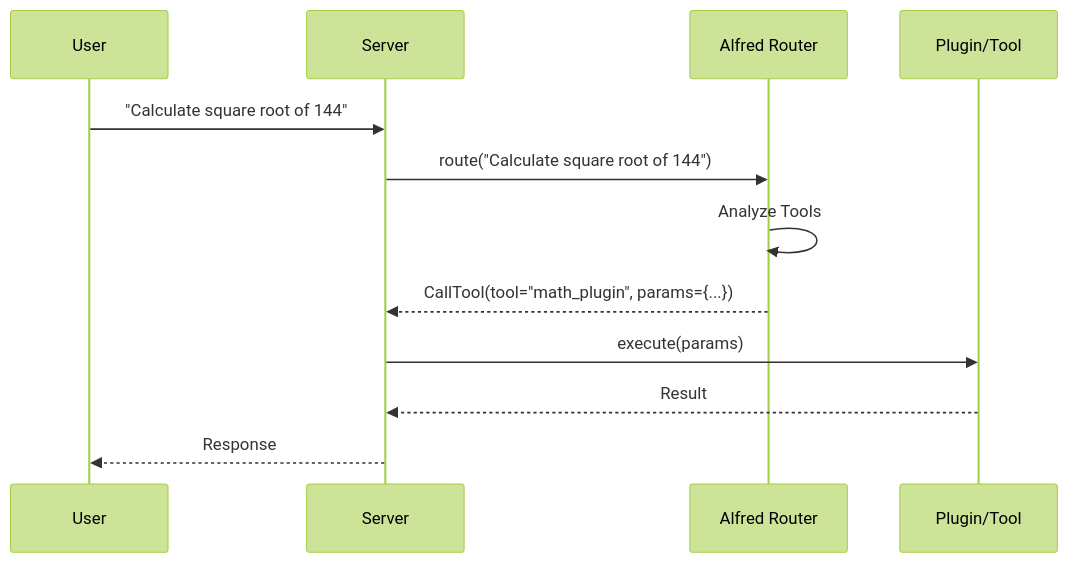
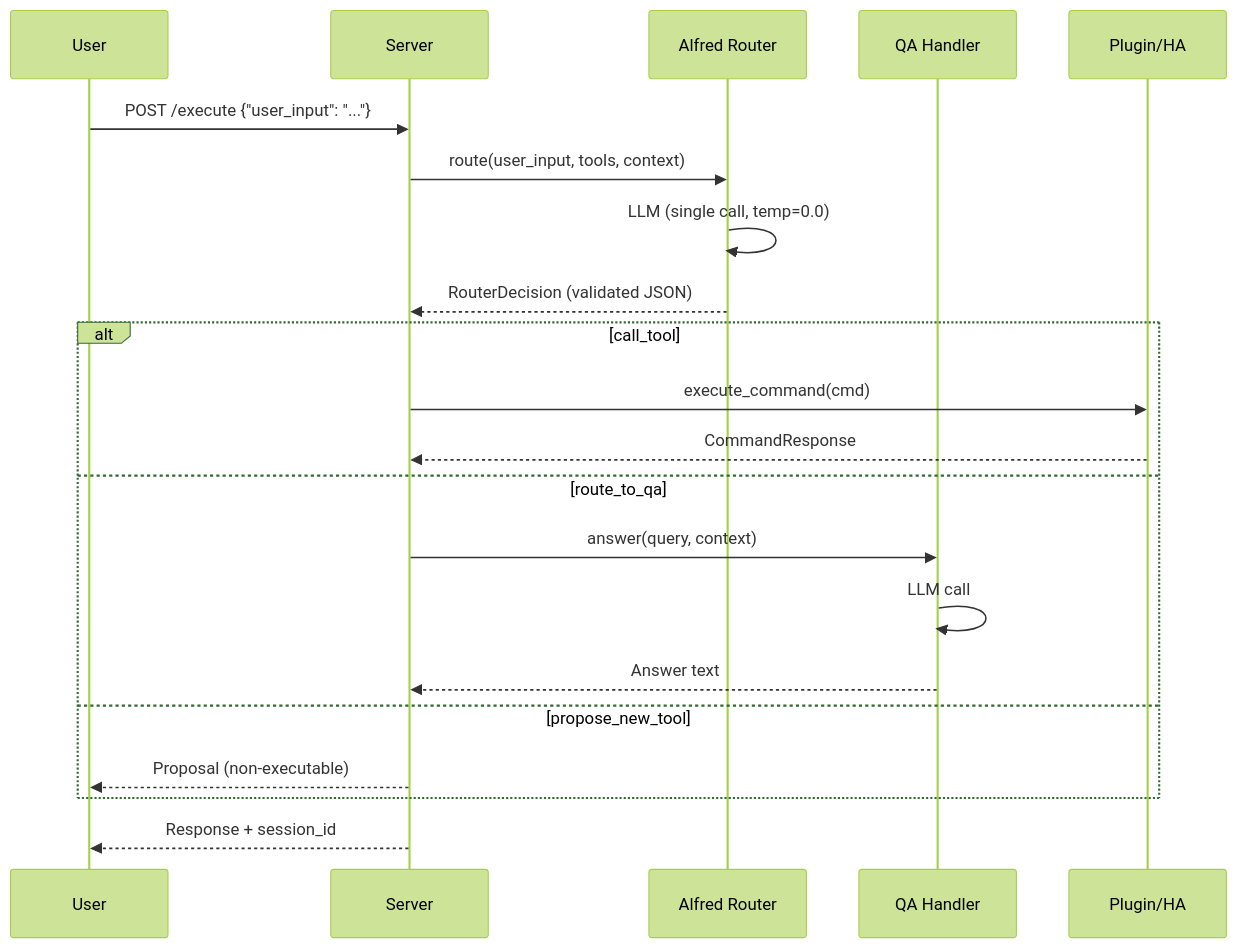
One commit to idkuday/alfred changed the second of 2 diagrams in ARCHITECTURE.md. Above: the diagram before and after it, drawn with Mermaid (forest theme). The commit also changed other lines of this file and 2 other files, not shown here.

First line of the commit message:
docs: Update README, ARCHITECTURE, and QUICKSTART for current state

````diff
--- a/ARCHITECTURE.md
+++ b/ARCHITECTURE.md
@@ -36,15 +75,26 @@
 ```mermaid
 sequenceDiagram
     participant U as User
     participant S as Server
     participant AR as Alfred Router
-    participant P as Plugin/Tool
-    
-    U->>S: "Calculate square root of 144"
-    S->>AR: route("Calculate square root of 144")
-    AR->>AR: Analyze Tools
-    AR-->>S: CallTool(tool="math_plugin", params={...})
-    S->>P: execute(params)
-    P-->>S: Result
-    S-->>U: Response
+    participant QA as QA Handler
+    participant P as Plugin/HA
+
+    U->>S: POST /execute {"user_input": "..."}
+    S->>AR: route(user_input, tools, context)
+    AR->>AR: LLM (single call, temp=0.0)
+    AR-->>S: RouterDecision (validated JSON)
+
+    alt call_tool
+        S->>P: execute_command(cmd)
+        P-->>S: CommandResponse
+    else route_to_qa
+        S->>QA: answer(query, context)
+        QA->>QA: LLM call
+        QA-->>S: Answer text
+    else propose_new_tool
+        S-->>U: Proposal (non-executable)
+    end
+
+    S-->>U: Response + session_id
 ```
````
